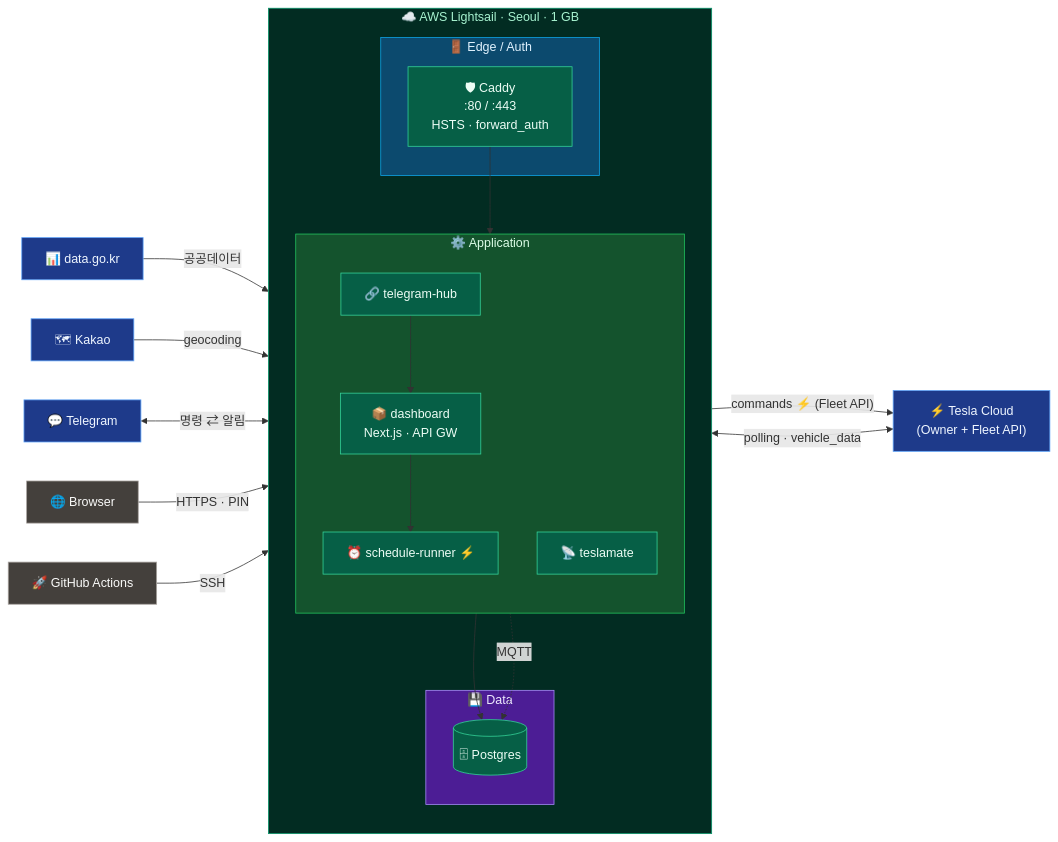
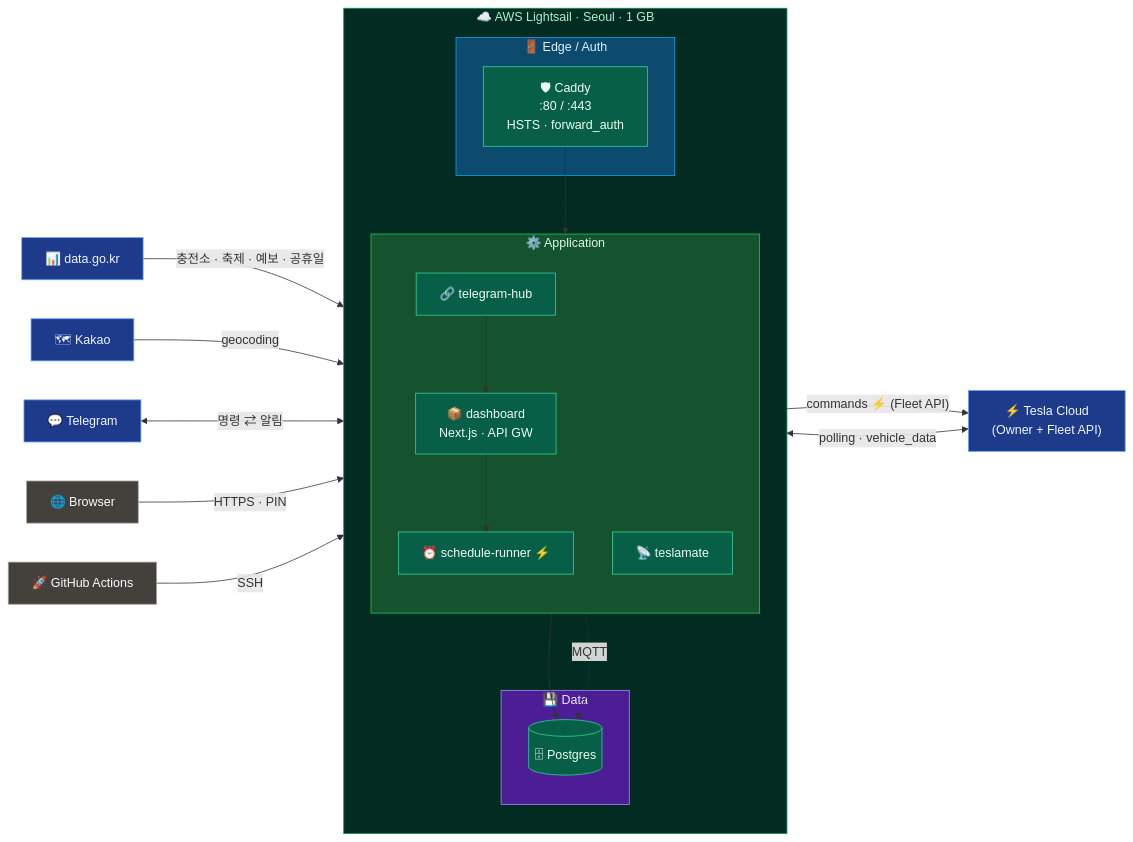
Before and after one commit to ComMslee/myDash: the diagram in README.md, drawn with Mermaid.

Commit message:
docs(readme): data.go.kr 가져오는 데이터 항목 명시
'공공데이터' → '충전소 · 축제 · 예보 · 공휴일' (4종 공공API 명시)

````diff
--- a/README.md
+++ b/README.md
@@ -18,54 +18,54 @@
 ```mermaid
 flowchart LR
     Tesla["⚡ Tesla Cloud<br/>(Owner + Fleet API)"]
     Gov["📊 data.go.kr"]
     Kakao["🗺 Kakao"]
     TG["💬 Telegram"]
     Browser["🌐 Browser"]
     GHA["🚀 GitHub Actions"]
 
     subgraph LS["☁️ AWS Lightsail · Seoul · 1 GB"]
         direction TB
 
         subgraph Edge["🚪 Edge / Auth"]
             Caddy["🛡 Caddy<br/>:80 / :443<br/>HSTS · forward_auth"]
         end
 
         subgraph App["⚙️ Application"]
             direction TB
             Dashboard["📦 dashboard<br/>Next.js · API GW"]
             Scheduler["⏰ schedule-runner ⚡"]
             Hub["🔗 telegram-hub"]
             TM["📡 teslamate"]
         end
 
         subgraph Data["💾 Data"]
             DB[("🗄 Postgres")]
         end
 
         Caddy --> Dashboard
         Dashboard --> Scheduler
         Hub --> Dashboard
         Dashboard --> DB
         TM -. MQTT .-> DB
     end
 
     Tesla   <-->|"polling · vehicle_data"| TM
     Scheduler -->|"commands ⚡ (Fleet API)"| Tesla
-    Gov     -->|"공공데이터"| Dashboard
+    Gov     -->|"충전소 · 축제 · 예보 · 공휴일"| Dashboard
     Kakao   -->|"geocoding"| Dashboard
     TG      <-->|"명령 ⇄ 알림"| Hub
     Browser -->|"HTTPS · PIN"| Caddy
     GHA     -->|"SSH"| Caddy
 
     classDef ext fill:#1e3a8a,stroke:#60a5fa,color:#eff6ff
     classDef ls fill:#065f46,stroke:#34d399,color:#ecfdf5
     classDef cli fill:#44403c,stroke:#a8a29e,color:#fafaf9
     class Tesla,Gov,Kakao,TG ext
     class Caddy,Dashboard,Scheduler,Hub,TM,DB ls
     class Browser,GHA cli
     style LS fill:#022c22,stroke:#059669,color:#a7f3d0
     style Edge fill:#0c4a6e,stroke:#0ea5e9,color:#e0f2fe
     style App fill:#14532d,stroke:#22c55e,color:#dcfce7
     style Data fill:#4c1d95,stroke:#a78bfa,color:#ede9fe
 ```
````
